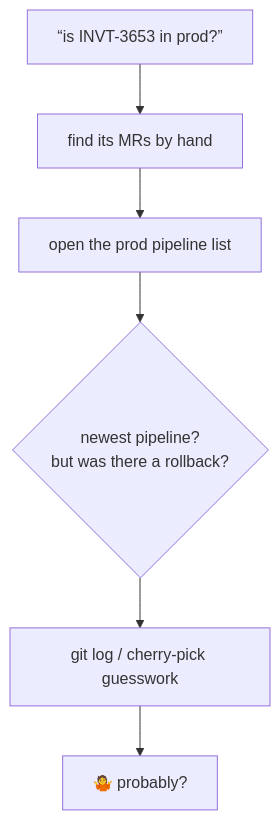
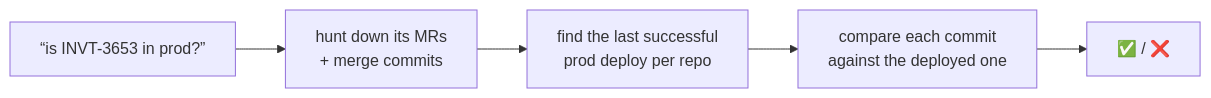
One commit to uPaymeiFixit/claude-plugins changed the first of 2 diagrams in plugins/is-this-in-prod/skills/is-this-in-prod/README.md. Above: the diagram before and after it, drawn with Mermaid. The commit also changed other lines of this file, not shown here.

Commit message:
is-this-in-prod: simplify README diagrams
Old way: same deterministic chain done by hand, ending in a real verdict
(not "probably"). New way: the two steps the user actually experiences —
ask, get an answer — instead of leaking the skill's internal steps.

````diff
--- a/plugins/is-this-in-prod/skills/is-this-in-prod/README.md
+++ b/plugins/is-this-in-prod/skills/is-this-in-prod/README.md
@@ -10,8 +10,7 @@
 ```mermaid
-flowchart TD
-    A["“is INVT-3653 in prod?”"] --> B[find its MRs by hand]
-    B --> C[open the prod pipeline list]
-    C --> D{newest pipeline?<br/>but was there a rollback?}
-    D --> E[git log / cherry-pick guesswork]
-    E --> F[🤷 probably?]
+flowchart LR
+    A["“is INVT-3653 in prod?”"] --> B[hunt down its MRs<br/>+ merge commits]
+    B --> C[find the last successful<br/>prod deploy per repo]
+    C --> D[compare each commit<br/>against the deployed one]
+    D --> E[✅ / ❌]
 ```
````
